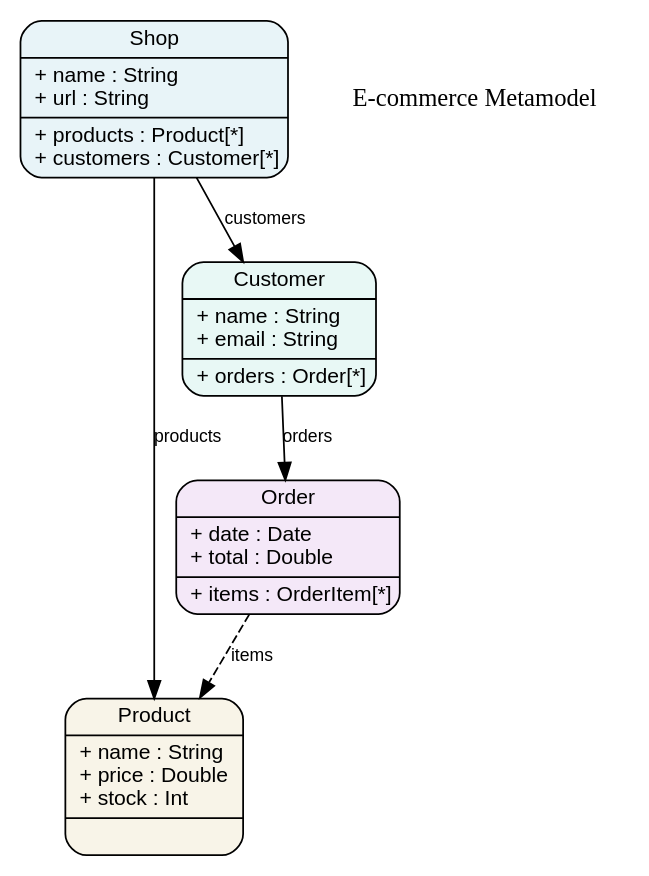
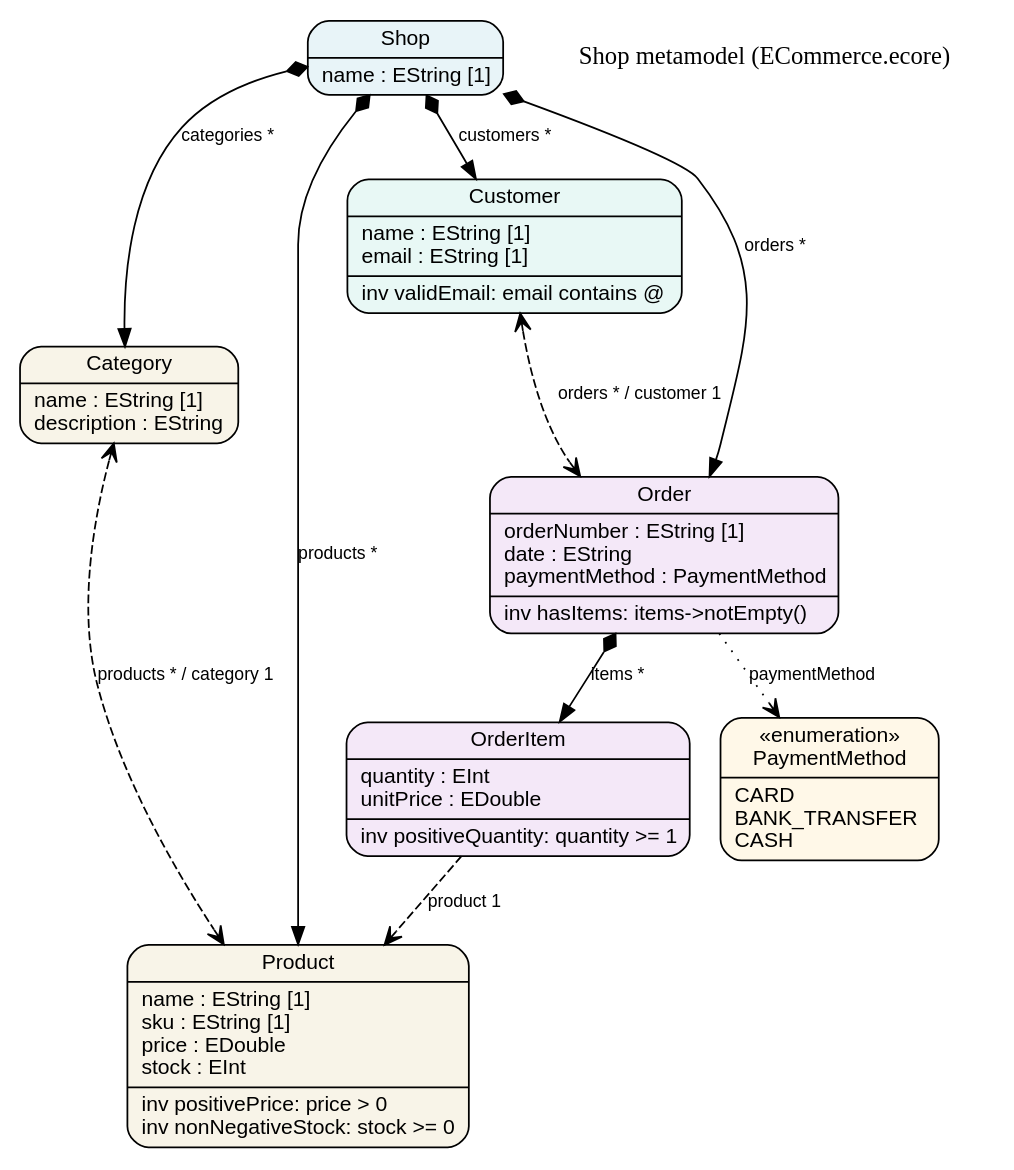
One commit to mipalgu/swift-modelling changed the diagram in Sources/SwiftModelling/SwiftModelling.docc/Resources/ecommerce-metamodel.dot. Above: the diagram before and after it, drawn with Graphviz. The commit also changed 89 other files, not shown here.

```diff
--- a/Sources/SwiftModelling/SwiftModelling.docc/Resources/ecommerce-metamodel.dot
+++ b/Sources/SwiftModelling/SwiftModelling.docc/Resources/ecommerce-metamodel.dot
@@ -1,21 +1,27 @@
 digraph EcommerceMetamodel {
     bgcolor="white"
+    fontname="Arial"
     rankdir=TB
-    node [shape=record, style=rounded, fontname="Arial", fontsize=12]
+    node [shape=record, style="filled,rounded", fontname="Arial", fontsize=12]
     edge [fontname="Arial", fontsize=10]
-    
-    shop [label="{Shop|+ name : String\l+ url : String\l|+ products : Product[*]\l+ customers : Customer[*]\l}" fillcolor="#e8f4f8" style="filled,rounded"]
-    
-    product [label="{Product|+ name : String\l+ price : Double\l+ stock : Int\l|}" fillcolor="#f8f4e8" style="filled,rounded"]
-    
-    customer [label="{Customer|+ name : String\l+ email : String\l|+ orders : Order[*]\l}" fillcolor="#e8f8f5" style="filled,rounded"]
-    
-    order [label="{Order|+ date : Date\l+ total : Double\l|+ items : OrderItem[*]\l}" fillcolor="#f4e8f8" style="filled,rounded"]
-    
-    shop -> product [label="products"]
-    shop -> customer [label="customers"]
-    customer -> order [label="orders"]
-    order -> product [label="items" style=dashed]
-    
-    legendTitle [label="E-commerce Metamodel" shape=plaintext fontname="Arial Bold" fontsize=14]
+
+    shop [label="{Shop|name : EString [1]\l}" fillcolor="#e8f4f8"]
+    category [label="{Category|name : EString [1]\ldescription : EString\l}" fillcolor="#f8f4e8"]
+    product [label="{Product|name : EString [1]\lsku : EString [1]\lprice : EDouble\lstock : EInt\l|inv positivePrice: price \> 0\linv nonNegativeStock: stock \>= 0\l}" fillcolor="#f8f4e8"]
+    customer [label="{Customer|name : EString [1]\lemail : EString [1]\l|inv validEmail: email contains @\l}" fillcolor="#e8f8f5"]
+    order [label="{Order|orderNumber : EString [1]\ldate : EString\lpaymentMethod : PaymentMethod\l|inv hasItems: items-\>notEmpty()\l}" fillcolor="#f4e8f8"]
+    item [label="{OrderItem|quantity : EInt\lunitPrice : EDouble\l|inv positiveQuantity: quantity \>= 1\l}" fillcolor="#f4e8f8"]
+    payment [label="{«enumeration»\nPaymentMethod|CARD\lBANK_TRANSFER\lCASH\l}" fillcolor="#fff8e8"]
+
+    shop -> category [label="categories *" arrowtail=diamond dir=both]
+    shop -> product [label="products *" arrowtail=diamond dir=both]
+    shop -> customer [label="customers *" arrowtail=diamond dir=both]
+    shop -> order [label="orders *" arrowtail=diamond dir=both]
+    order -> item [label="items *" arrowtail=diamond dir=both]
+    category -> product [label="products * / category 1" dir=both arrowtail=open arrowhead=open style=dashed]
+    customer -> order [label="orders * / customer 1" dir=both arrowtail=open arrowhead=open style=dashed]
+    item -> product [label="product 1" arrowhead=open style=dashed]
+    order -> payment [label="paymentMethod" arrowhead=open style=dotted]
+
+    legendTitle [label="Shop metamodel (ECommerce.ecore)" shape=plaintext style="" fontname="Arial Bold" fontsize=14]
 }
```
